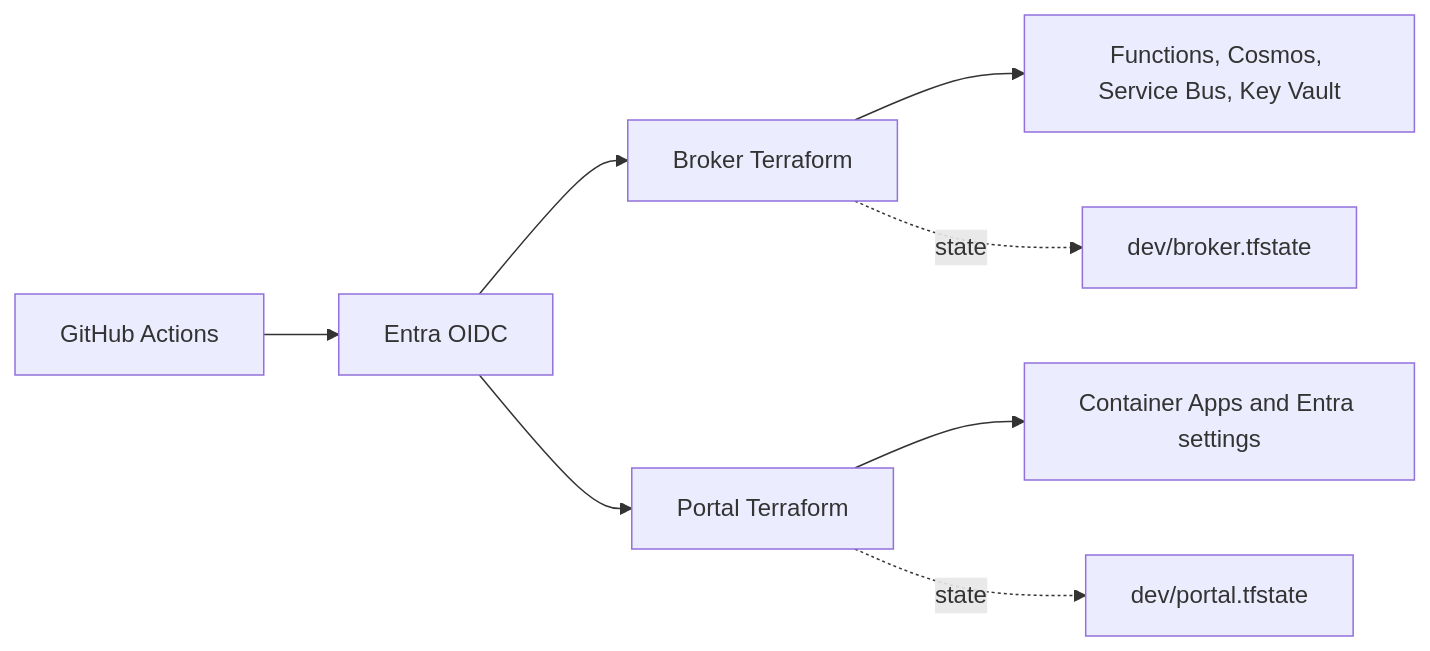
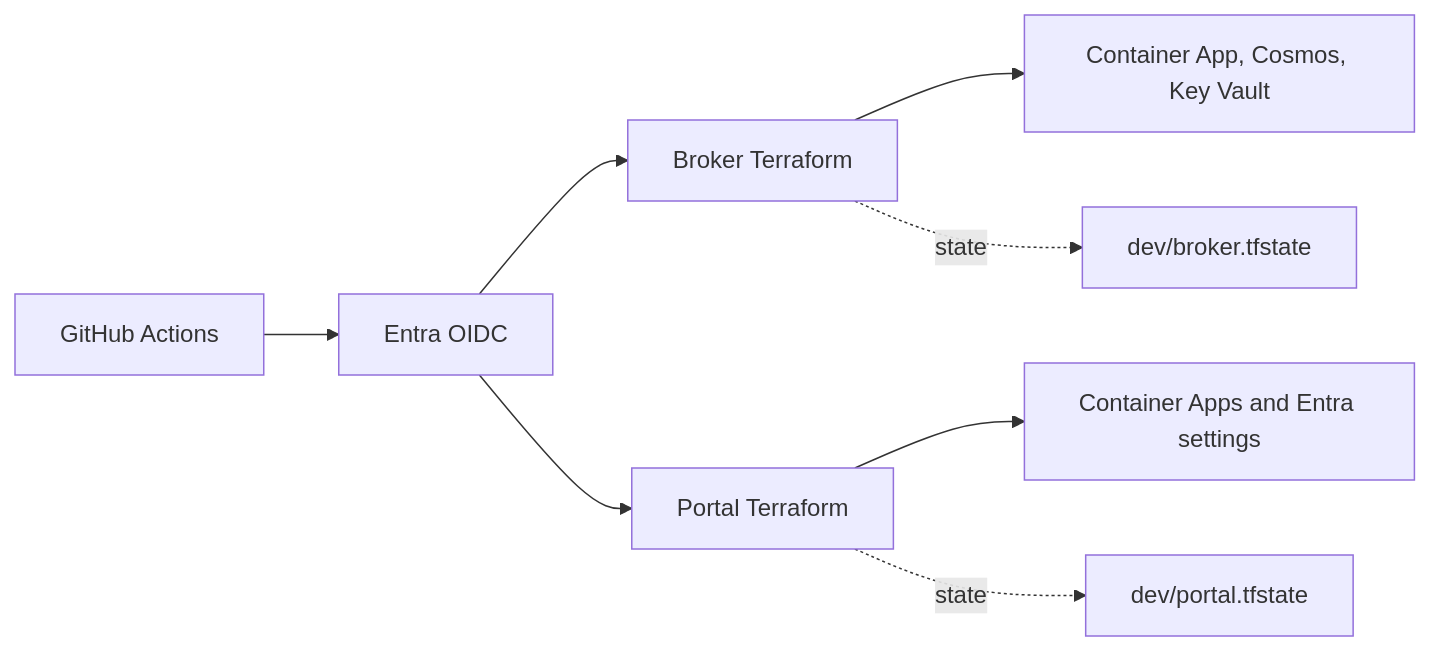
One commit to TheCloudPlumbingCo/slop-factory-pieces changed the first of 3 diagrams in docs/18-azure-deployment-automation.md. Above: the diagram before and after it, drawn with Mermaid. The commit also changed other lines of this file and 42 other files, not shown here.

First line of the commit message:
Run the Azure broker as one Container App: no Service Bus, no sweep

````diff
--- a/docs/18-azure-deployment-automation.md
+++ b/docs/18-azure-deployment-automation.md
@@ -8,10 +8,10 @@
 ```mermaid
 flowchart LR
   G[GitHub Actions] --> O[Entra OIDC]
   O --> B[Broker Terraform]
   O --> P[Portal Terraform]
-  B --> F[Functions, Cosmos, Service Bus, Key Vault]
+  B --> F[Container App, Cosmos, Key Vault]
   P --> C[Container Apps and Entra settings]
   B -. state .-> S1[dev/broker.tfstate]
   P -. state .-> S2[dev/portal.tfstate]
 ```
````
